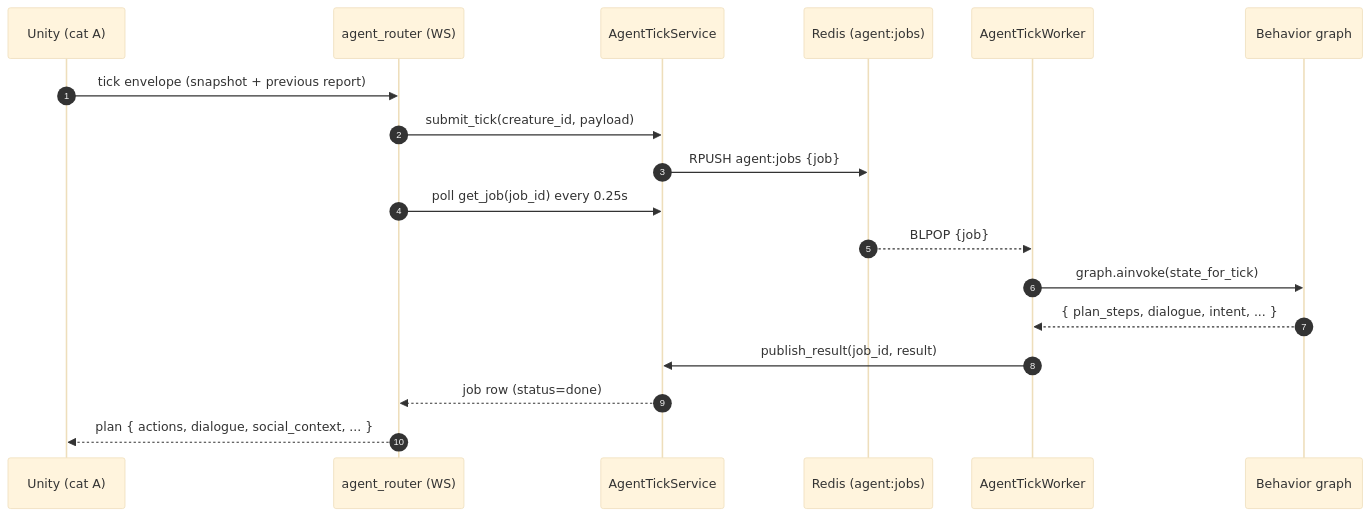
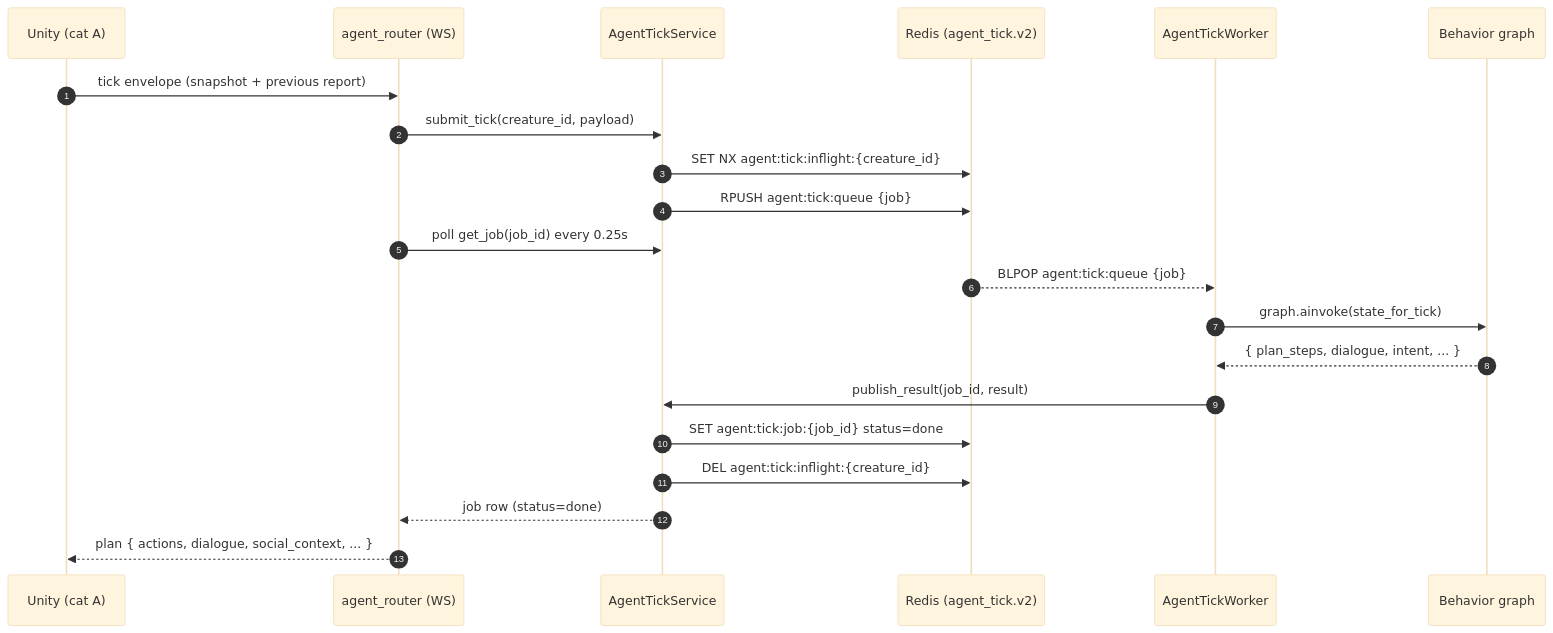
One commit to MewiLab/mewi changed the first of 6 diagrams in docs/decisions/ADR-011-tick-graph-and-social-service.md. Above: the diagram before and after it, drawn with Mermaid (base theme). The commit also changed other lines of this file and 128 other files, not shown here.

Commit message:
modifed backend to one websocket and handling the architecture and also python

````diff
--- a/docs/decisions/ADR-011-tick-graph-and-social-service.md
+++ b/docs/decisions/ADR-011-tick-graph-and-social-service.md
@@ -27,21 +29,24 @@
 ```mermaid
 sequenceDiagram
     autonumber
     participant U as Unity (cat A)
     participant R as agent_router (WS)
     participant S as AgentTickService
-    participant Q as Redis (agent:jobs)
+    participant Q as Redis (agent_tick.v2)
     participant W as AgentTickWorker
     participant G as Behavior graph
 
     U->>R: tick envelope (snapshot + previous report)
     R->>S: submit_tick(creature_id, payload)
-    S->>Q: RPUSH agent:jobs {job}
+    S->>Q: SET NX agent:tick:inflight:{creature_id}
+    S->>Q: RPUSH agent:tick:queue {job}
     R->>S: poll get_job(job_id) every 0.25s
-    Q-->>W: BLPOP {job}
+    Q-->>W: BLPOP agent:tick:queue {job}
     W->>G: graph.ainvoke(state_for_tick)
     G-->>W: { plan_steps, dialogue, intent, ... }
     W->>S: publish_result(job_id, result)
+    S->>Q: SET agent:tick:job:{job_id} status=done
+    S->>Q: DEL agent:tick:inflight:{creature_id}
     S-->>R: job row (status=done)
     R-->>U: plan { actions, dialogue, social_context, ... }
 ```
````
